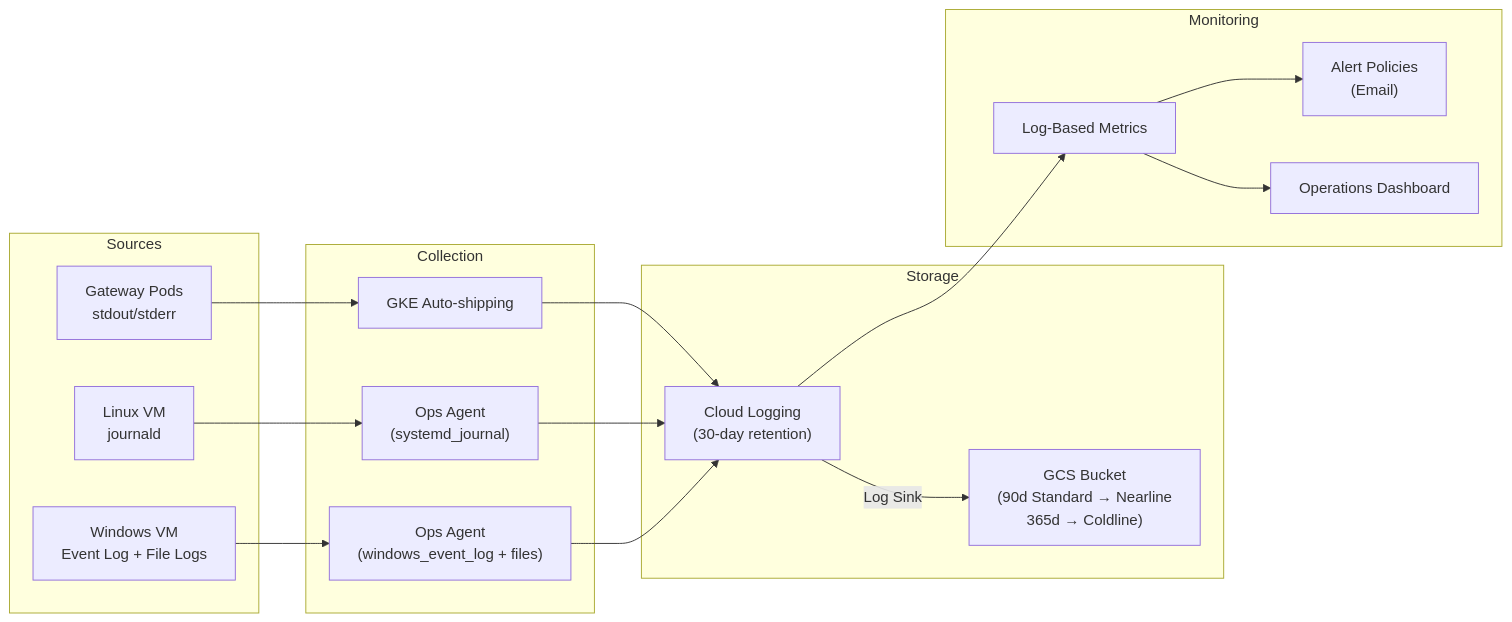
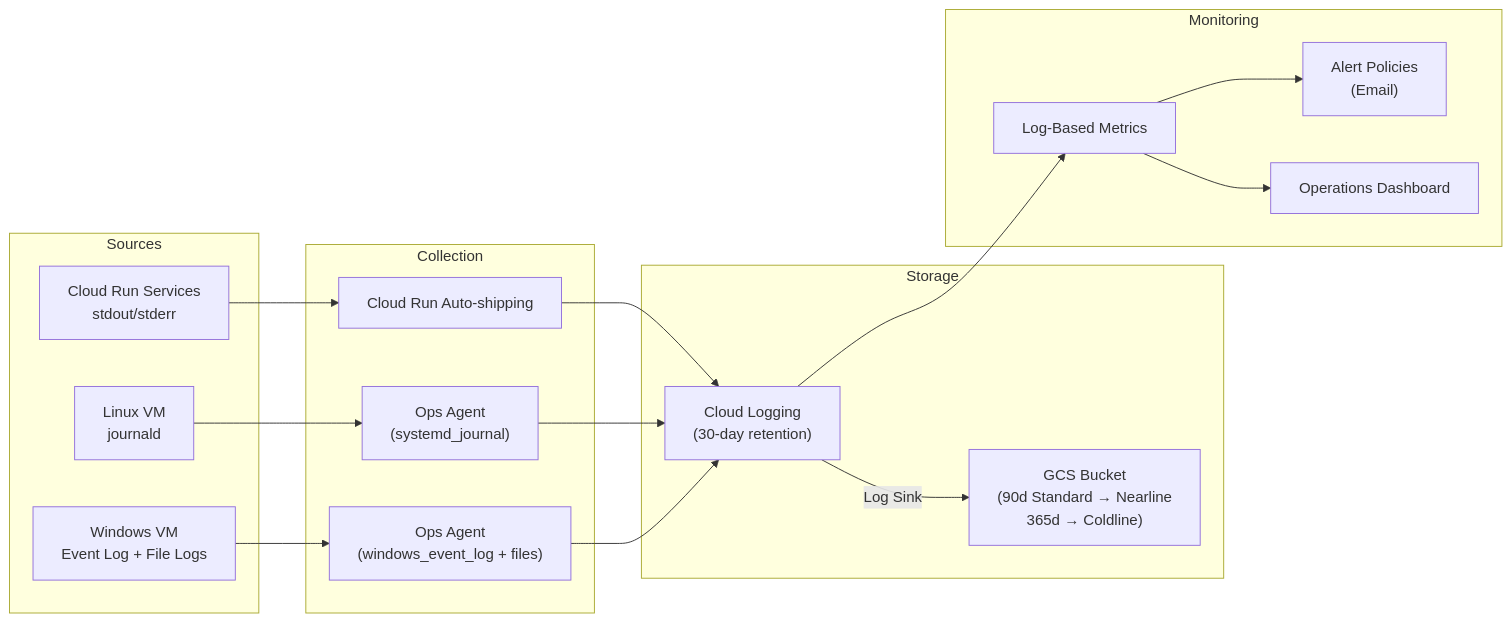
The fourth of 4 diagrams in README.md (t2tse/openclaw-cloudrun), drawn with Mermaid before and after one commit. The commit also changed other lines of this file and 12 other files, not shown here.

Commit message:
Swap GKE to Cloud Run service as the agent compute runtimes

````diff
--- a/README.md
+++ b/README.md
@@ -1093,32 +1036,32 @@
 ```mermaid
 graph LR
     subgraph Sources
-        POD["Gateway Pods\nstdout/stderr"]
+        SVC["Cloud Run Services\nstdout/stderr"]
         LINUX_VM["Linux VM\njournald"]
         WIN_VM["Windows VM\nEvent Log + File Logs"]
     end
 
     subgraph Collection
-        GKE_LOG["GKE Auto-shipping"]
+        CR_LOG["Cloud Run Auto-shipping"]
         OPS_LINUX["Ops Agent\n(systemd_journal)"]
         OPS_WIN["Ops Agent\n(windows_event_log + files)"]
     end
 
     subgraph Storage
         CL["Cloud Logging\n(30-day retention)"]
         GCS["GCS Bucket\n(90d Standard → Nearline\n365d → Coldline)"]
     end
 
     subgraph Monitoring
         METRICS["Log-Based Metrics"]
         ALERTS["Alert Policies\n(Email)"]
         DASH["Operations Dashboard"]
     end
 
-    POD --> GKE_LOG --> CL
+    SVC --> CR_LOG --> CL
     LINUX_VM --> OPS_LINUX --> CL
     WIN_VM --> OPS_WIN --> CL
     CL -->|"Log Sink"| GCS
     CL --> METRICS --> ALERTS
     METRICS --> DASH
 ```
````
